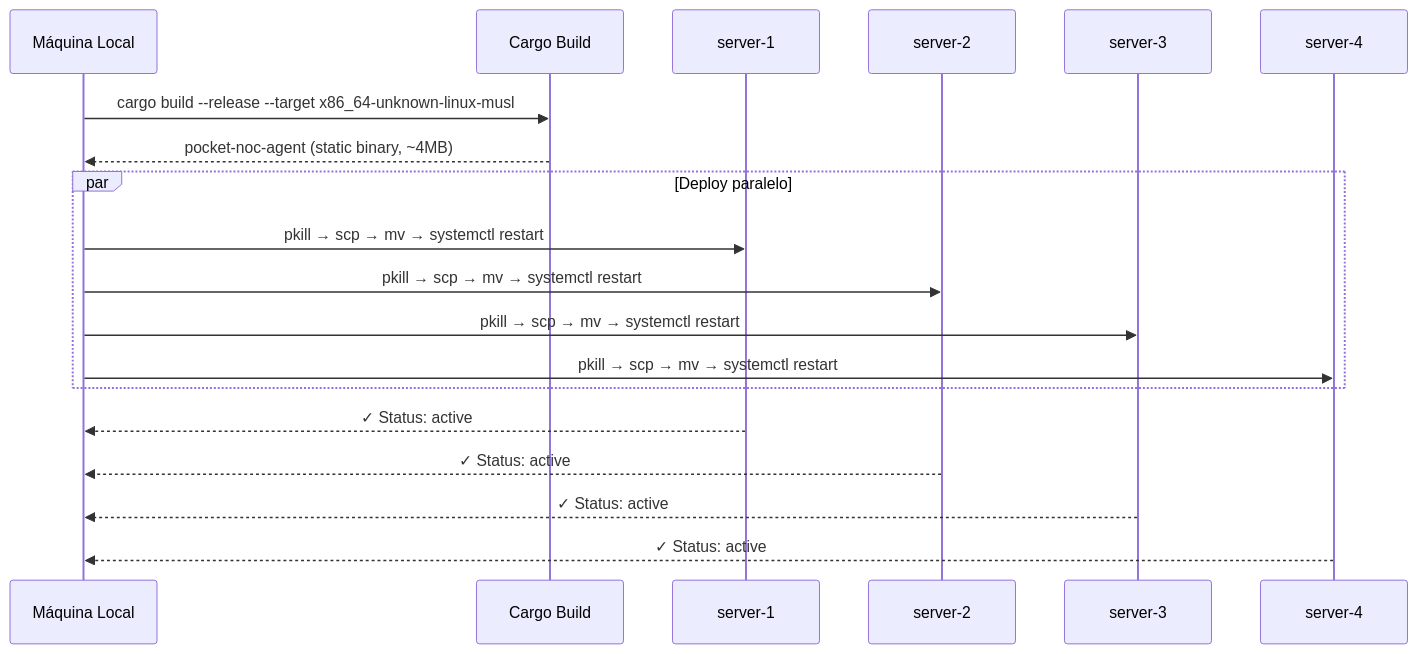
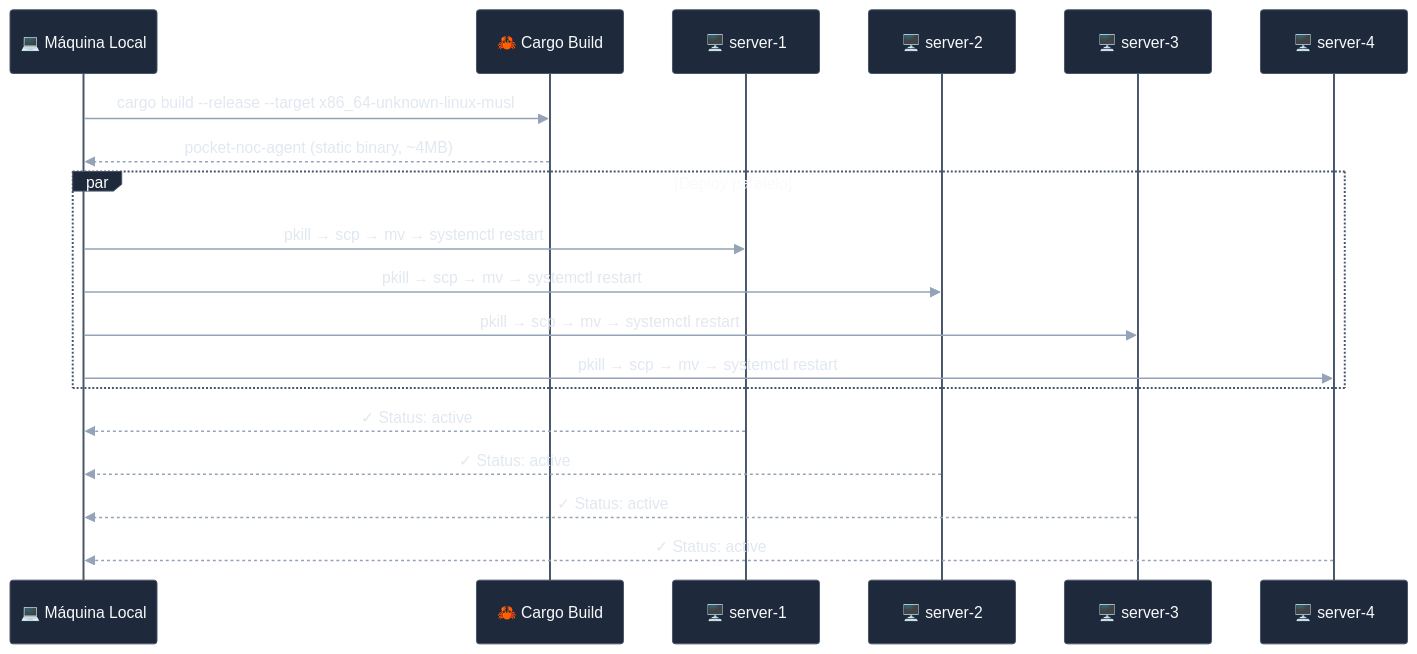
One commit to Munique-Feitoza/server-controller changed the sixth of 8 diagrams in docs/DEPLOYMENT.md. Above: the diagram before and after it, drawn with Mermaid. The commit also changed other lines of this file and 8 other files, not shown here.

First line of the commit message:
docs: aplicar tema visual consistente nos diagramas mermaid

````diff
--- a/docs/DEPLOYMENT.md
+++ b/docs/DEPLOYMENT.md
@@ -194,24 +268,25 @@
 ```mermaid
+%%{init: { "theme": "base", "themeVariables": { "fontFamily": "Inter, sans-serif", "primaryColor": "#1e293b", "primaryTextColor": "#f8fafc", "primaryBorderColor": "#334155", "actorBkg": "#1e293b", "actorBorder": "#475569", "actorTextColor": "#f8fafc", "signalColor": "#94a3b8", "signalTextColor": "#e2e8f0", "noteBkgColor": "#334155", "noteTextColor": "#f1f5f9", "noteBorderColor": "#64748b" } }}%%
 sequenceDiagram
-    participant Local as Máquina Local
-    participant Build as Cargo Build
-    participant S1 as server-1
-    participant S2 as server-2
-    participant S3 as server-3
-    participant S4 as server-4
+    participant Local as 💻 Máquina Local
+    participant Build as 🦀 Cargo Build
+    participant S1 as 🖥️ server-1
+    participant S2 as 🖥️ server-2
+    participant S3 as 🖥️ server-3
+    participant S4 as 🖥️ server-4
 
     Local->>Build: cargo build --release --target x86_64-unknown-linux-musl
     Build-->>Local: pocket-noc-agent (static binary, ~4MB)
 
     par Deploy paralelo
         Local->>S1: pkill → scp → mv → systemctl restart
         Local->>S2: pkill → scp → mv → systemctl restart
         Local->>S3: pkill → scp → mv → systemctl restart
         Local->>S4: pkill → scp → mv → systemctl restart
     end
 
     S1-->>Local: ✓ Status: active
     S2-->>Local: ✓ Status: active
     S3-->>Local: ✓ Status: active
     S4-->>Local: ✓ Status: active
 ```
````
